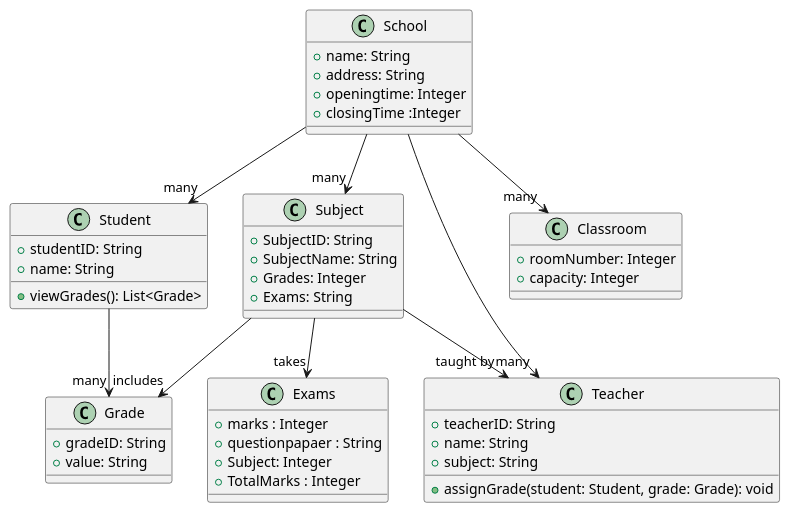
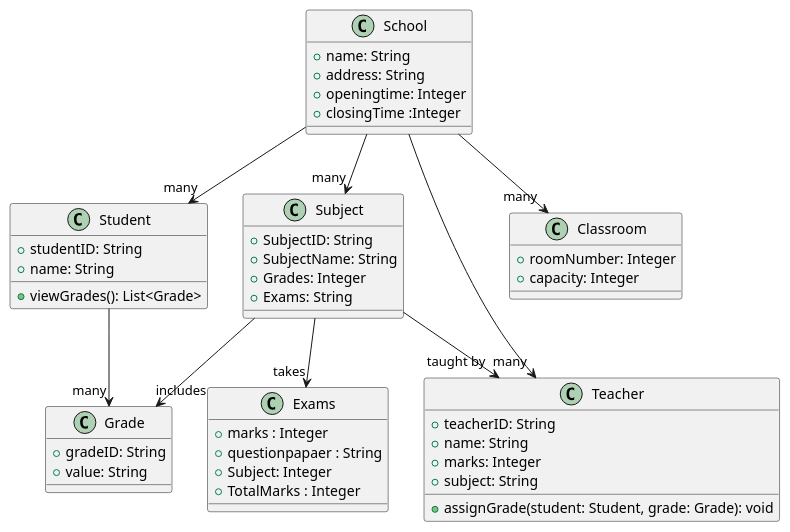
The diagram in ClassDiagram.puml (Sahil1529/School-UML-Diagrams), drawn with PlantUML before and after one commit.

Commit message:
chnges in Teacher

```diff
--- a/ClassDiagram.puml
+++ b/ClassDiagram.puml
@@ -1,63 +1,64 @@
 @startuml ClassDiagram
 class School {
     +name: String
     +address: String
     +openingtime: Integer
     +closingTime :Integer
 }
 
 class Student {
     +studentID: String
     +name: String
     +viewGrades(): List<Grade>
 }
 
 class Teacher {
     +teacherID: String
     +name: String
+    +marks: Integer
     +subject: String
     +assignGrade(student: Student, grade: Grade): void
 }
 
 class Exams {
     +marks : Integer
     +questionpapaer : String
     +Subject: Integer
     +TotalMarks : Integer
 
 }
 
 class Subject {
     +SubjectID: String
     +SubjectName: String
     +Grades: Integer
     +Exams: String
 
 }
 
 class Grade {
     +gradeID: String
     +value: String
     
 }
 
 class Classroom {
     +roomNumber: Integer
     +capacity: Integer
 }
 
 
 School --> "many" Student
 School --> "many" Teacher 
 School --> "many" Subject 
 School --> "many" Classroom 
 
 
 Subject --> "taught by" Teacher 
 Subject --> "includes" Grade 
 
 Subject --> "takes" Exams
 
 Student --> "many" Grade
 
 @enduml
```
